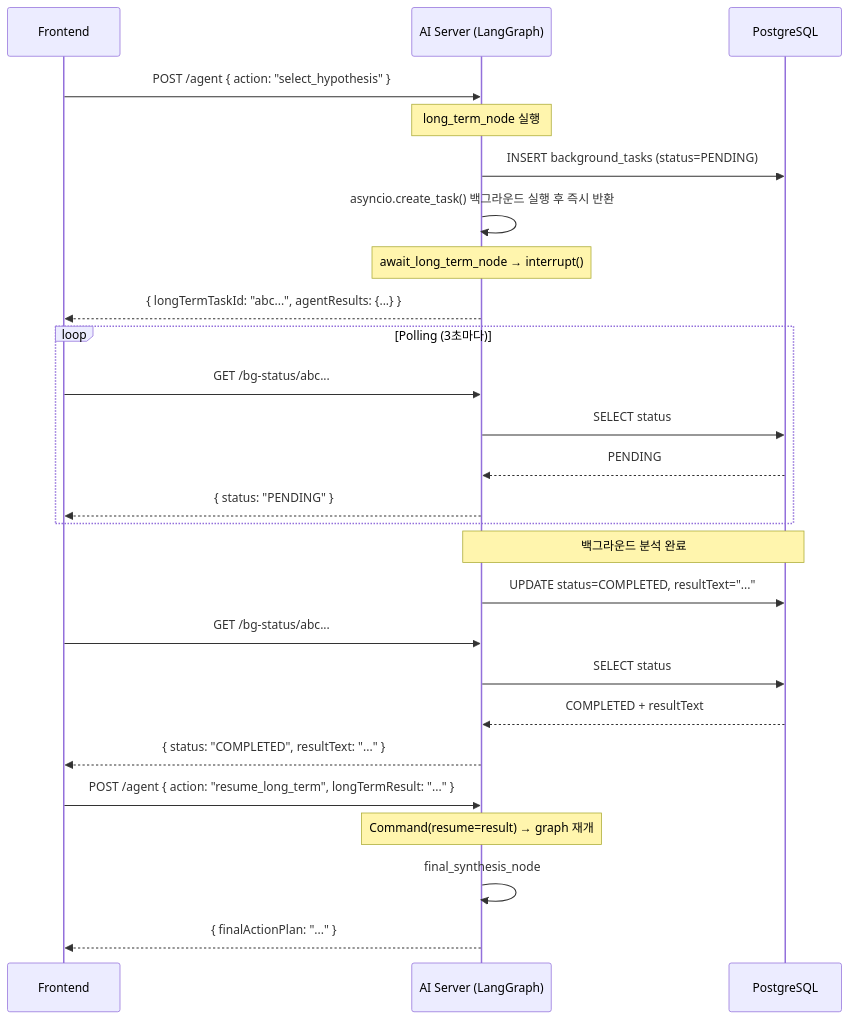
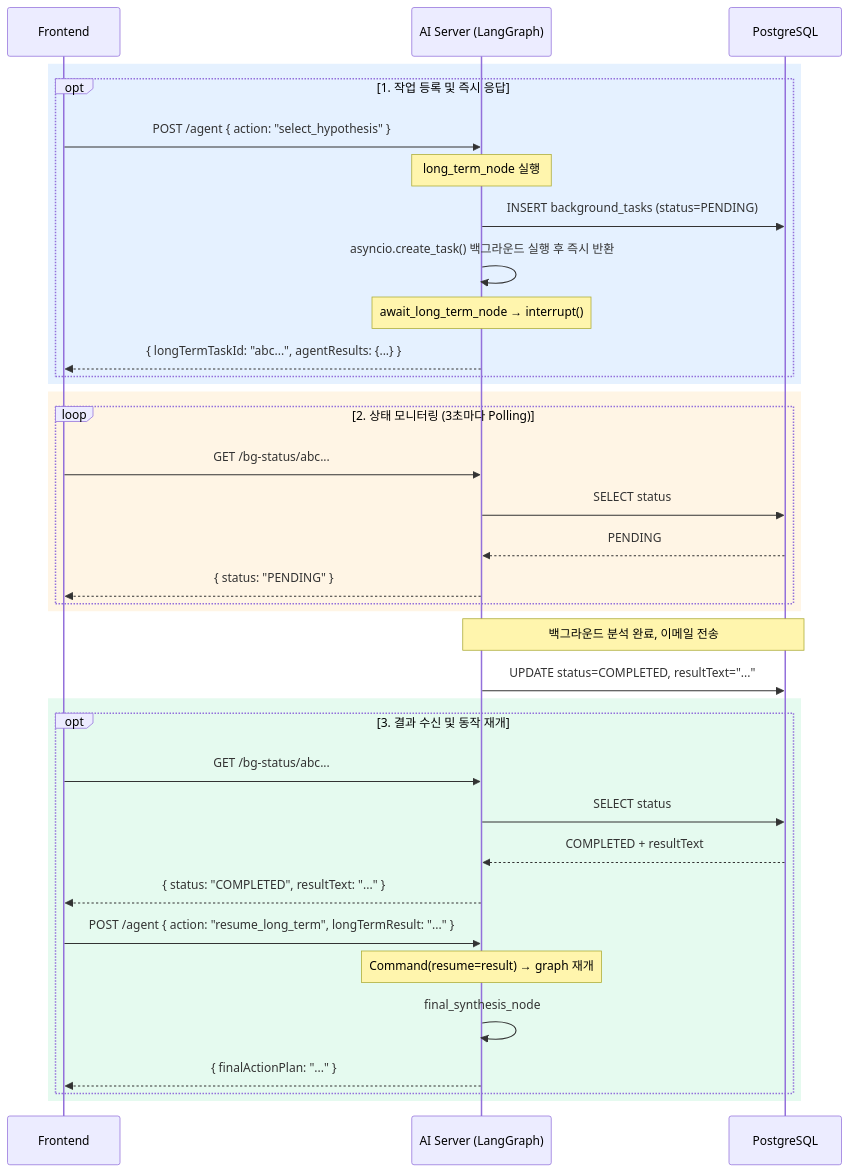
The tenth of 10 diagrams in 3_playground/display_defect_chatbot/docs/final_presentation.md (daehun1102/langchain_study), drawn with Mermaid before and after one commit. The commit also changed other lines of this file, not shown here.

Commit message:
docs: Update long-term polling mermaid diagram with color blocks

````diff
--- a/3_playground/display_defect_chatbot/docs/final_presentation.md
+++ b/3_playground/display_defect_chatbot/docs/final_presentation.md
@@ -289,35 +289,43 @@
 ```mermaid
 sequenceDiagram
     participant FE as Frontend
     participant AI as AI Server (LangGraph)
     participant DB as PostgreSQL
 
-    FE->>AI: POST /agent { action: "select_hypothesis" }
-
-    Note over AI: long_term_node 실행
-    AI->>DB: INSERT background_tasks (status=PENDING)
-    AI->>AI: asyncio.create_task() 백그라운드 실행 후 즉시 반환
-    Note over AI: await_long_term_node → interrupt()
-
-    AI-->>FE: { longTermTaskId: "abc...", agentResults: {...} }
-
-    loop Polling (3초마다)
-        FE->>AI: GET /bg-status/abc...
-        AI->>DB: SELECT status
-        DB-->>AI: PENDING
-        AI-->>FE: { status: "PENDING" }
+    rect rgba(0, 120, 255, 0.1)
+        opt 1. 작업 등록 및 즉시 응답
+            FE->>AI: POST /agent { action: "select_hypothesis" }
+            Note over AI: long_term_node 실행
+            AI->>DB: INSERT background_tasks (status=PENDING)
+            AI->>AI: asyncio.create_task() 백그라운드 실행 후 즉시 반환
+            Note over AI: await_long_term_node → interrupt()
+            AI-->>FE: { longTermTaskId: "abc...", agentResults: {...} }
+        end
     end
 
-    Note over AI,DB: 백그라운드 분석 완료
+    rect rgba(255, 160, 0, 0.1)
+        loop 2. 상태 모니터링 (3초마다 Polling)
+            FE->>AI: GET /bg-status/abc...
+            AI->>DB: SELECT status
+            DB-->>AI: PENDING
+            AI-->>FE: { status: "PENDING" }
+        end
+    end
+
+    Note over AI,DB: 백그라운드 분석 완료, 이메일 전송
     AI->>DB: UPDATE status=COMPLETED, resultText="..."
 
-    FE->>AI: GET /bg-status/abc...
-    AI->>DB: SELECT status
-    DB-->>AI: COMPLETED + resultText
-    AI-->>FE: { status: "COMPLETED", resultText: "..." }
+    rect rgba(0, 200, 100, 0.1)
+        opt 3. 결과 수신 및 동작 재개
+            FE->>AI: GET /bg-status/abc...
+            AI->>DB: SELECT status
+            DB-->>AI: COMPLETED + resultText
+            AI-->>FE: { status: "COMPLETED", resultText: "..." }
 
-    FE->>AI: POST /agent { action: "resume_long_term", longTermResult: "..." }
-    Note over AI: Command(resume=result) → graph 재개
-    AI->>AI: final_synthesis_node
-    AI-->>FE: { finalActionPlan: "..." }
+            FE->>AI: POST /agent { action: "resume_long_term", longTermResult: "..." }
+            Note over AI: Command(resume=result) → graph 재개
+            AI->>AI: final_synthesis_node
+            AI-->>FE: { finalActionPlan: "..." }
+        end
+    end
 ```
````
